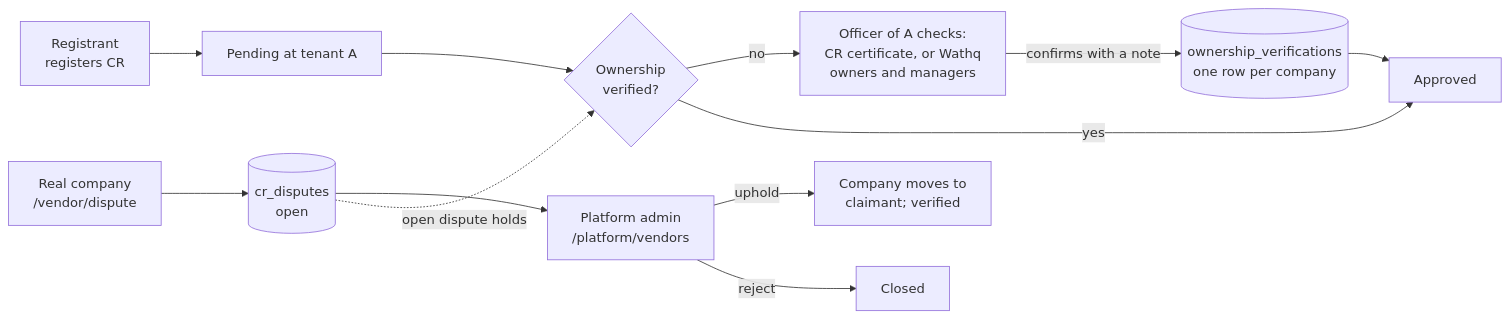
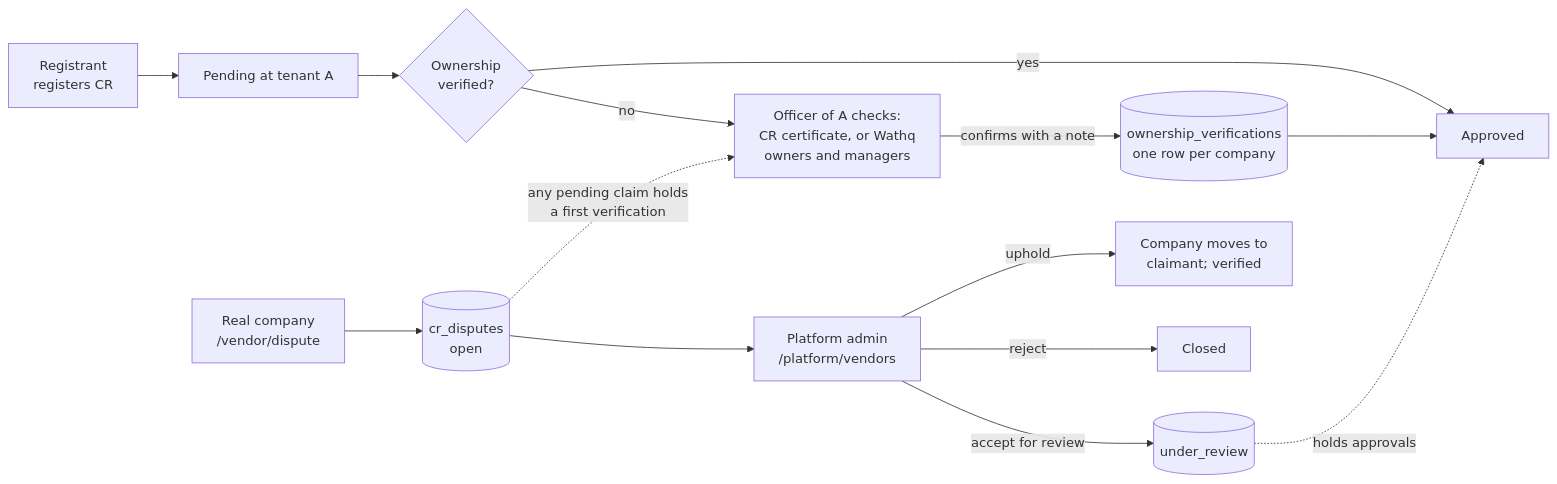
One commit to AhmedAssaf/ERP changed the diagram in docs/adr/0013-cr-ownership-check-before-first-approval.md. Above: the diagram before and after it, drawn with Mermaid. The commit also changed other lines of this file and 4 other files, not shown here.

````diff
--- a/docs/adr/0013-cr-ownership-check-before-first-approval.md
+++ b/docs/adr/0013-cr-ownership-check-before-first-approval.md
@@ -14,14 +14,16 @@
 ```mermaid
 flowchart LR
     R["Registrant<br/>registers CR"] --> P["Pending at tenant A"]
     P --> Q{"Ownership<br/>verified?"}
     Q -- "no" --> C["Officer of A checks:<br/>CR certificate, or Wathq<br/>owners and managers"]
     C -- "confirms with a note" --> V[("ownership_verifications<br/>one row per company")]
     Q -- "yes" --> A["Approved"]
     V --> A
     X["Real company<br/>/vendor/dispute"] --> D[("cr_disputes<br/>open")]
     D --> PA["Platform admin<br/>/platform/vendors"]
+    PA -- "accept for review" --> UR[("under_review")]
+    UR -. "holds approvals" .-> A
     PA -- "uphold" --> M["Company moves to<br/>claimant; verified"]
     PA -- "reject" --> Z["Closed"]
-    D -. "open dispute holds" .-> Q
+    D -. "any pending claim holds<br/>a first verification" .-> C
 ```
````
